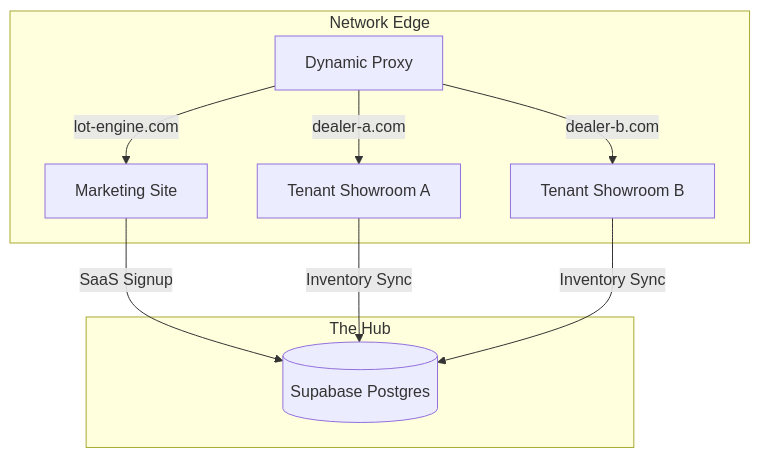
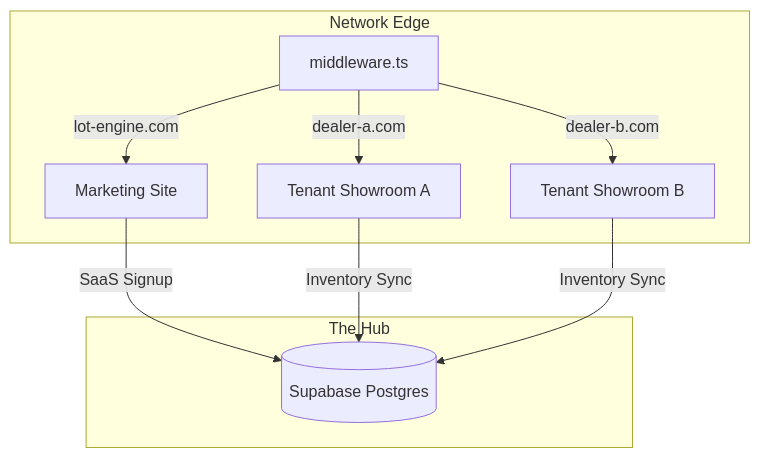
The first of 2 diagrams in README.md (benwiththelens/LotEngine), drawn with Mermaid before and after one commit. The commit also changed other lines of this file and 36 other files, not shown here.

````diff
--- a/README.md
+++ b/README.md
@@ -11,14 +11,14 @@
 ```mermaid
 graph TD;
     subgraph Multi-Tenant Boundary [Network Edge]
-        P[Dynamic Proxy] -->|lot-engine.com| M[Marketing Site]
+        P[middleware.ts] -->|lot-engine.com| M[Marketing Site]
         P -->|dealer-a.com| T[Tenant Showroom A]
         P -->|dealer-b.com| T2[Tenant Showroom B]
     end
 
     subgraph Operations Layer [The Hub]
         M -->|SaaS Signup| S[(Supabase Postgres)]
         T -->|Inventory Sync| S
         T2 -->|Inventory Sync| S
     end
 ```
````
